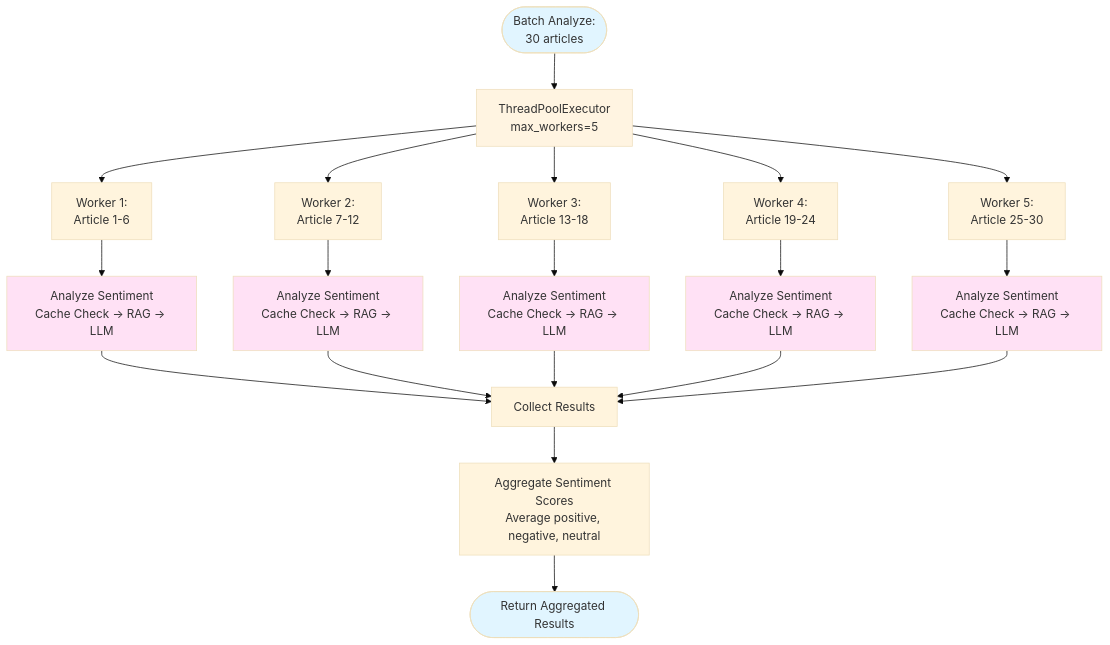
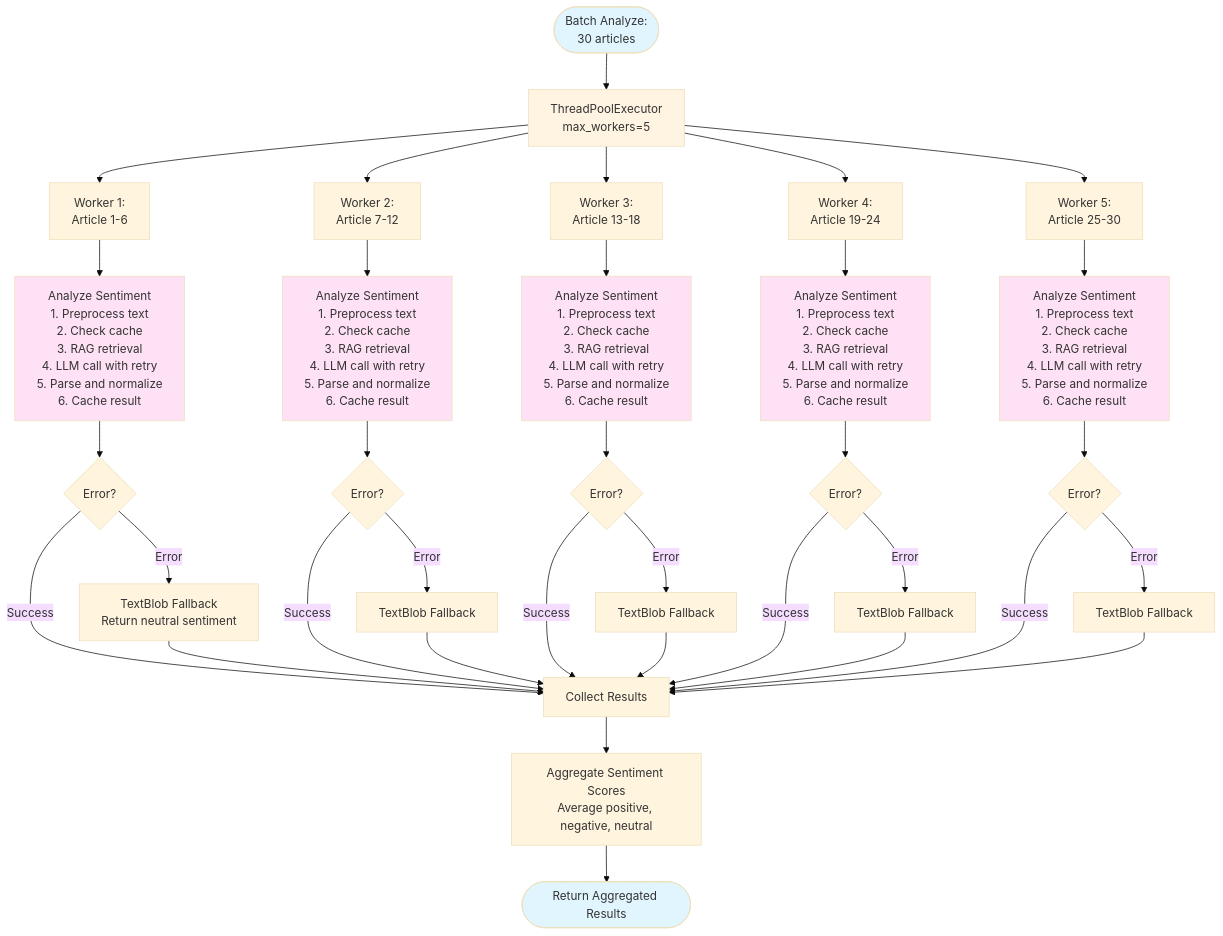
Diagram 11 of 29 in docs/diagrams/mermaid_diagrams_source.md (anandDev77/stock-sentiment-analysis), drawn with Mermaid (base theme) before and after one commit. The commit also changed other lines of this file and 49 other files, not shown here.

Commit message:
diagrams updated

````diff
--- a/docs/diagrams/mermaid_diagrams_source.md
+++ b/docs/diagrams/mermaid_diagrams_source.md
@@ -660,34 +822,51 @@
 ```mermaid
 flowchart TD
     START([Batch Analyze:<br/>30 articles]) --> POOL[ThreadPoolExecutor<br/>max_workers=5]
     
     POOL --> WORKER1[Worker 1:<br/>Article 1-6]
     POOL --> WORKER2[Worker 2:<br/>Article 7-12]
     POOL --> WORKER3[Worker 3:<br/>Article 13-18]
     POOL --> WORKER4[Worker 4:<br/>Article 19-24]
     POOL --> WORKER5[Worker 5:<br/>Article 25-30]
     
-    WORKER1 --> ANALYZE1[Analyze Sentiment<br/>Cache Check → RAG → LLM]
-    WORKER2 --> ANALYZE2[Analyze Sentiment<br/>Cache Check → RAG → LLM]
-    WORKER3 --> ANALYZE3[Analyze Sentiment<br/>Cache Check → RAG → LLM]
-    WORKER4 --> ANALYZE4[Analyze Sentiment<br/>Cache Check → RAG → LLM]
-    WORKER5 --> ANALYZE5[Analyze Sentiment<br/>Cache Check → RAG → LLM]
+    WORKER1 --> ANALYZE1["Analyze Sentiment<br/>1. Preprocess text<br/>2. Check cache<br/>3. RAG retrieval<br/>4. LLM call with retry<br/>5. Parse and normalize<br/>6. Cache result"]
+    WORKER2 --> ANALYZE2["Analyze Sentiment<br/>1. Preprocess text<br/>2. Check cache<br/>3. RAG retrieval<br/>4. LLM call with retry<br/>5. Parse and normalize<br/>6. Cache result"]
+    WORKER3 --> ANALYZE3["Analyze Sentiment<br/>1. Preprocess text<br/>2. Check cache<br/>3. RAG retrieval<br/>4. LLM call with retry<br/>5. Parse and normalize<br/>6. Cache result"]
+    WORKER4 --> ANALYZE4["Analyze Sentiment<br/>1. Preprocess text<br/>2. Check cache<br/>3. RAG retrieval<br/>4. LLM call with retry<br/>5. Parse and normalize<br/>6. Cache result"]
+    WORKER5 --> ANALYZE5["Analyze Sentiment<br/>1. Preprocess text<br/>2. Check cache<br/>3. RAG retrieval<br/>4. LLM call with retry<br/>5. Parse and normalize<br/>6. Cache result"]
     
-    ANALYZE1 --> COLLECT[Collect Results]
-    ANALYZE2 --> COLLECT
-    ANALYZE3 --> COLLECT
-    ANALYZE4 --> COLLECT
-    ANALYZE5 --> COLLECT
+    ANALYZE1 --> ERROR_HANDLE1{Error?}
+    ANALYZE2 --> ERROR_HANDLE2{Error?}
+    ANALYZE3 --> ERROR_HANDLE3{Error?}
+    ANALYZE4 --> ERROR_HANDLE4{Error?}
+    ANALYZE5 --> ERROR_HANDLE5{Error?}
+    
+    ERROR_HANDLE1 -->|Success| COLLECT[Collect Results]
+    ERROR_HANDLE1 -->|Error| FALLBACK1["TextBlob Fallback<br/>Return neutral sentiment"]
+    ERROR_HANDLE2 -->|Success| COLLECT
+    ERROR_HANDLE2 -->|Error| FALLBACK2[TextBlob Fallback]
+    ERROR_HANDLE3 -->|Success| COLLECT
+    ERROR_HANDLE3 -->|Error| FALLBACK3[TextBlob Fallback]
+    ERROR_HANDLE4 -->|Success| COLLECT
+    ERROR_HANDLE4 -->|Error| FALLBACK4[TextBlob Fallback]
+    ERROR_HANDLE5 -->|Success| COLLECT
+    ERROR_HANDLE5 -->|Error| FALLBACK5[TextBlob Fallback]
+    
+    FALLBACK1 --> COLLECT
+    FALLBACK2 --> COLLECT
+    FALLBACK3 --> COLLECT
+    FALLBACK4 --> COLLECT
+    FALLBACK5 --> COLLECT
     
     COLLECT --> AGGREGATE[Aggregate Sentiment Scores<br/>Average positive, negative, neutral]
     AGGREGATE --> END([Return Aggregated Results])
     
     style START fill:#e1f5ff
     style POOL fill:#fff4e1
     style ANALYZE1 fill:#ffe1f5
     style ANALYZE2 fill:#ffe1f5
     style ANALYZE3 fill:#ffe1f5
     style ANALYZE4 fill:#ffe1f5
     style ANALYZE5 fill:#ffe1f5
     style END fill:#e1f5ff
 ```
````
